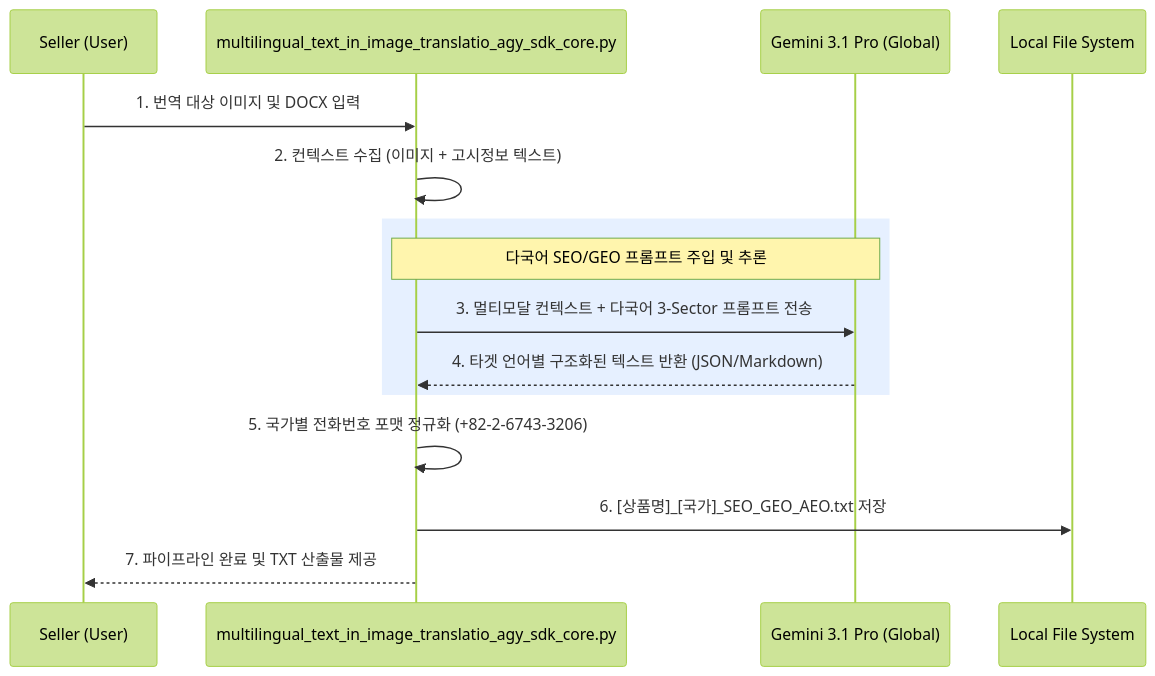
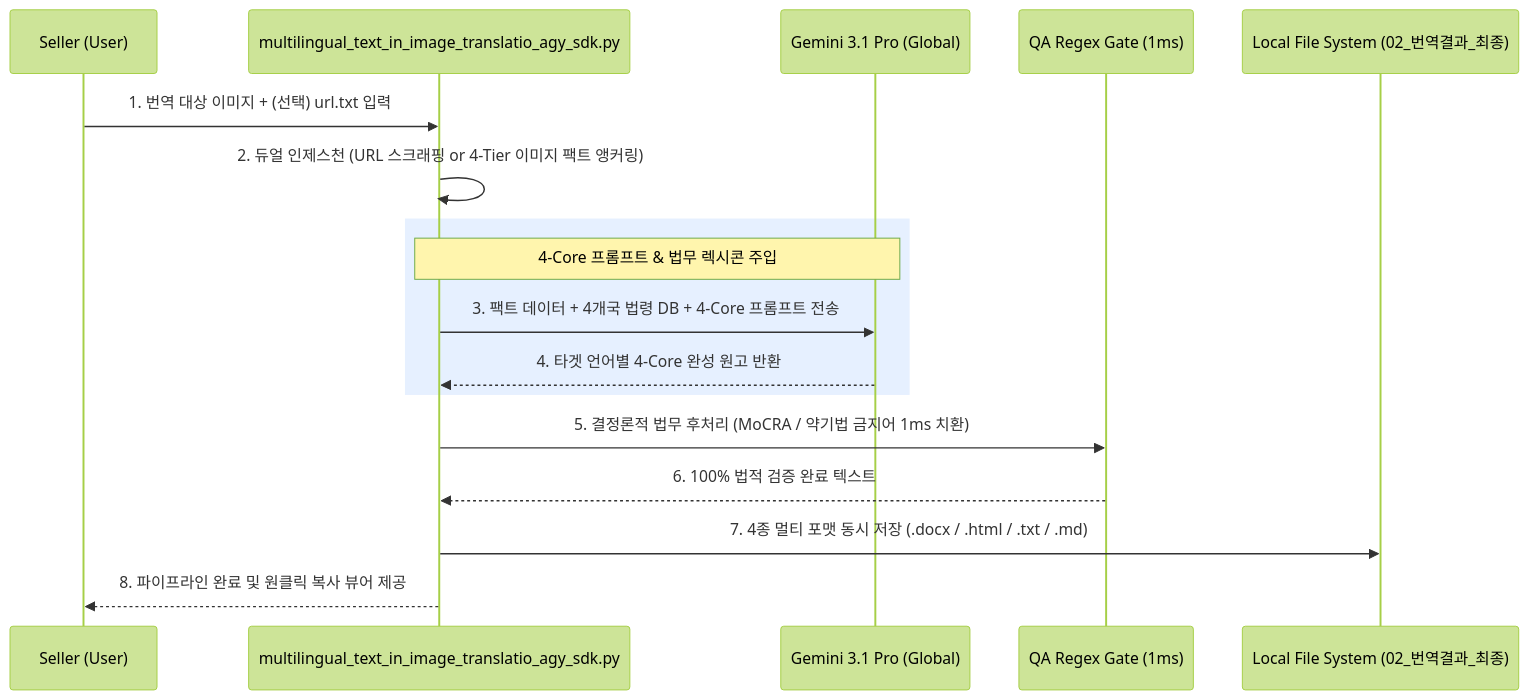
One commit to euntaewoo/PANDORA changed the diagram in docs/SEO_GEO_AEO_Pipeline_Architecture.md. Above: the diagram before and after it, drawn with Mermaid (forest theme). The commit also changed other lines of this file and 5 other files, not shown here.

Commit message:
feat(seo-geo-aeo): integrate 4-Core structure, dual ingestion, lexicons, docx builder, and zero meta commentary

````diff
--- a/docs/SEO_GEO_AEO_Pipeline_Architecture.md
+++ b/docs/SEO_GEO_AEO_Pipeline_Architecture.md
@@ -21,20 +22,22 @@
 ```mermaid
 sequenceDiagram
     participant User as Seller (User)
-    participant Script as multilingual_text_in_image_translatio_agy_sdk_core.py
+    participant Script as multilingual_text_in_image_translatio_agy_sdk.py
     participant LLM as Gemini 3.1 Pro (Global)
-    participant Disk as Local File System
+    participant Post as QA Regex Gate (1ms)
+    participant Disk as Local File System (02_번역결과_최종)
 
-    User->>Script: 1. 번역 대상 이미지 및 DOCX 입력
-    Script->>Script: 2. 컨텍스트 수집 (이미지 + 고시정보 텍스트)
+    User->>Script: 1. 번역 대상 이미지 + (선택) url.txt 입력
+    Script->>Script: 2. 듀얼 인제스천 (URL 스크래핑 or 4-Tier 이미지 팩트 앵커링)
     
     rect rgb(230, 240, 255)
-        Note over Script, LLM: 다국어 SEO/GEO 프롬프트 주입 및 추론
-        Script->>LLM: 3. 멀티모달 컨텍스트 + 다국어 3-Sector 프롬프트 전송
-        LLM-->>Script: 4. 타겟 언어별 구조화된 텍스트 반환 (JSON/Markdown)
+        Note over Script, LLM: 4-Core 프롬프트 & 법무 렉시콘 주입
+        Script->>LLM: 3. 팩트 데이터 + 4개국 법령 DB + 4-Core 프롬프트 전송
+        LLM-->>Script: 4. 타겟 언어별 4-Core 완성 원고 반환
     end
     
-    Script->>Script: 5. 국가별 전화번호 포맷 정규화 (+82-2-6743-3206)
-    Script->>Disk: 6. [상품명]_[국가]_SEO_GEO_AEO.txt 저장
-    Script-->>User: 7. 파이프라인 완료 및 TXT 산출물 제공
+    Script->>Post: 5. 결정론적 법무 후처리 (MoCRA / 약기법 금지어 1ms 치환)
+    Post-->>Script: 6. 100% 법적 검증 완료 텍스트
+    Script->>Disk: 7. 4종 멀티 포맷 동시 저장 (.docx / .html / .txt / .md)
+    Script-->>User: 8. 파이프라인 완료 및 원클릭 복사 뷰어 제공
 ```
````
